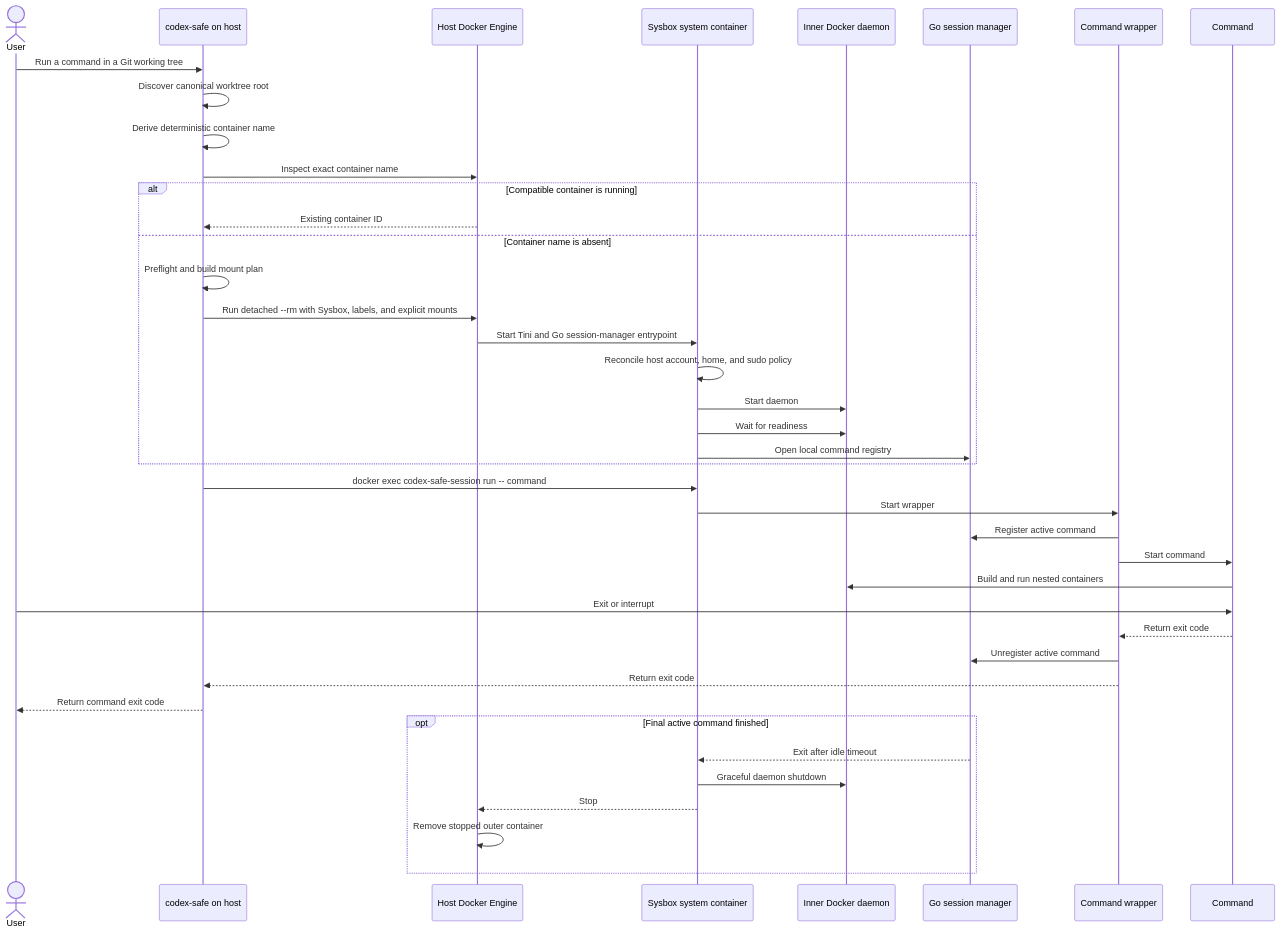
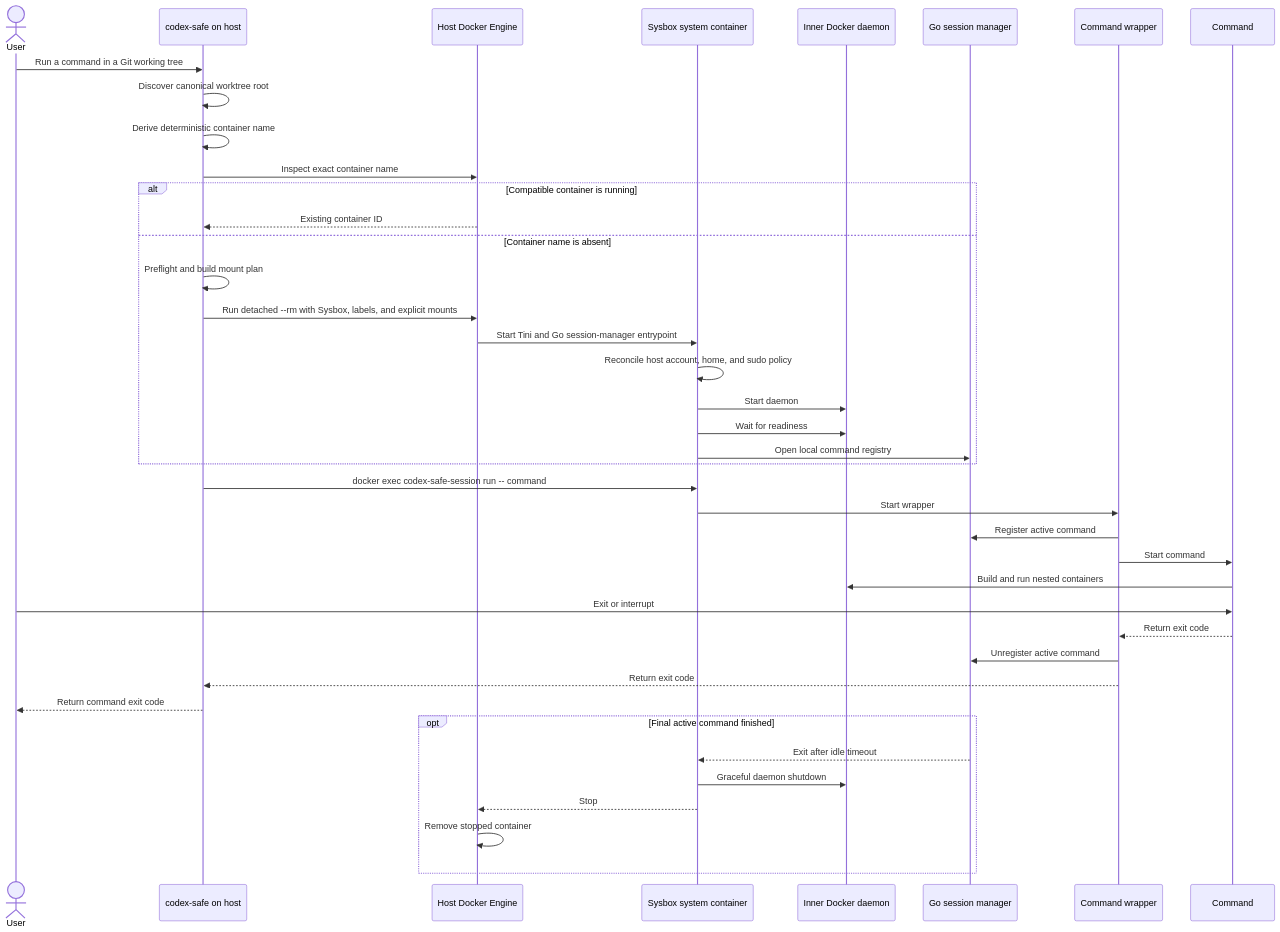
Before and after one commit to vkuptcov/agents-safe-environment: the diagram in docs/design-docs/codex-safe.md, drawn with Mermaid. The commit also changed other lines of this file and 81 other files, not shown here.

````diff
--- a/docs/design-docs/codex-safe.md
+++ b/docs/design-docs/codex-safe.md
@@ -309,43 +468,43 @@
 ```mermaid
 sequenceDiagram
     actor User
     participant Launcher as codex-safe on host
     participant HostDocker as Host Docker Engine
-    participant Outer as Sysbox system container
+    participant Container as Sysbox system container
     participant InnerDocker as Inner Docker daemon
     participant Manager as Go session manager
     participant Wrapper as Command wrapper
     participant Command
 
     User->>Launcher: Run a command in a Git working tree
     Launcher->>Launcher: Discover canonical worktree root
     Launcher->>Launcher: Derive deterministic container name
     Launcher->>HostDocker: Inspect exact container name
     alt Compatible container is running
         HostDocker-->>Launcher: Existing container ID
     else Container name is absent
         Launcher->>Launcher: Preflight and build mount plan
         Launcher->>HostDocker: Run detached --rm with Sysbox, labels, and explicit mounts
-        HostDocker->>Outer: Start Tini and Go session-manager entrypoint
-        Outer->>Outer: Reconcile host account, home, and sudo policy
-        Outer->>InnerDocker: Start daemon
-        Outer->>InnerDocker: Wait for readiness
-        Outer->>Manager: Open local command registry
+        HostDocker->>Container: Start Tini and Go session-manager entrypoint
+        Container->>Container: Reconcile host account, home, and sudo policy
+        Container->>InnerDocker: Start daemon
+        Container->>InnerDocker: Wait for readiness
+        Container->>Manager: Open local command registry
     end
-    Launcher->>Outer: docker exec codex-safe-session run -- command
-    Outer->>Wrapper: Start wrapper
+    Launcher->>Container: docker exec codex-safe-session run -- command
+    Container->>Wrapper: Start wrapper
     Wrapper->>Manager: Register active command
     Wrapper->>Command: Start command
     Command->>InnerDocker: Build and run nested containers
     User->>Command: Exit or interrupt
     Command-->>Wrapper: Return exit code
     Wrapper->>Manager: Unregister active command
     Wrapper-->>Launcher: Return exit code
     Launcher-->>User: Return command exit code
     opt Final active command finished
-        Manager-->>Outer: Exit after idle timeout
-        Outer->>InnerDocker: Graceful daemon shutdown
-        Outer-->>HostDocker: Stop
-        HostDocker->>HostDocker: Remove stopped outer container
+        Manager-->>Container: Exit after idle timeout
+        Container->>InnerDocker: Graceful daemon shutdown
+        Container-->>HostDocker: Stop
+        HostDocker->>HostDocker: Remove stopped container
     end
 ```
````
